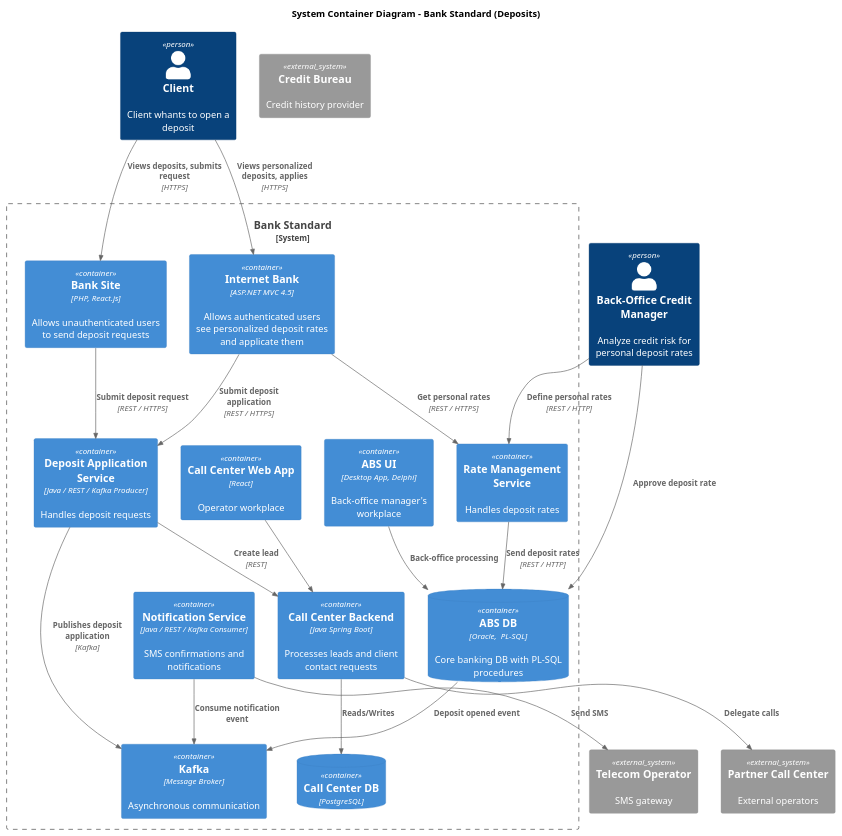
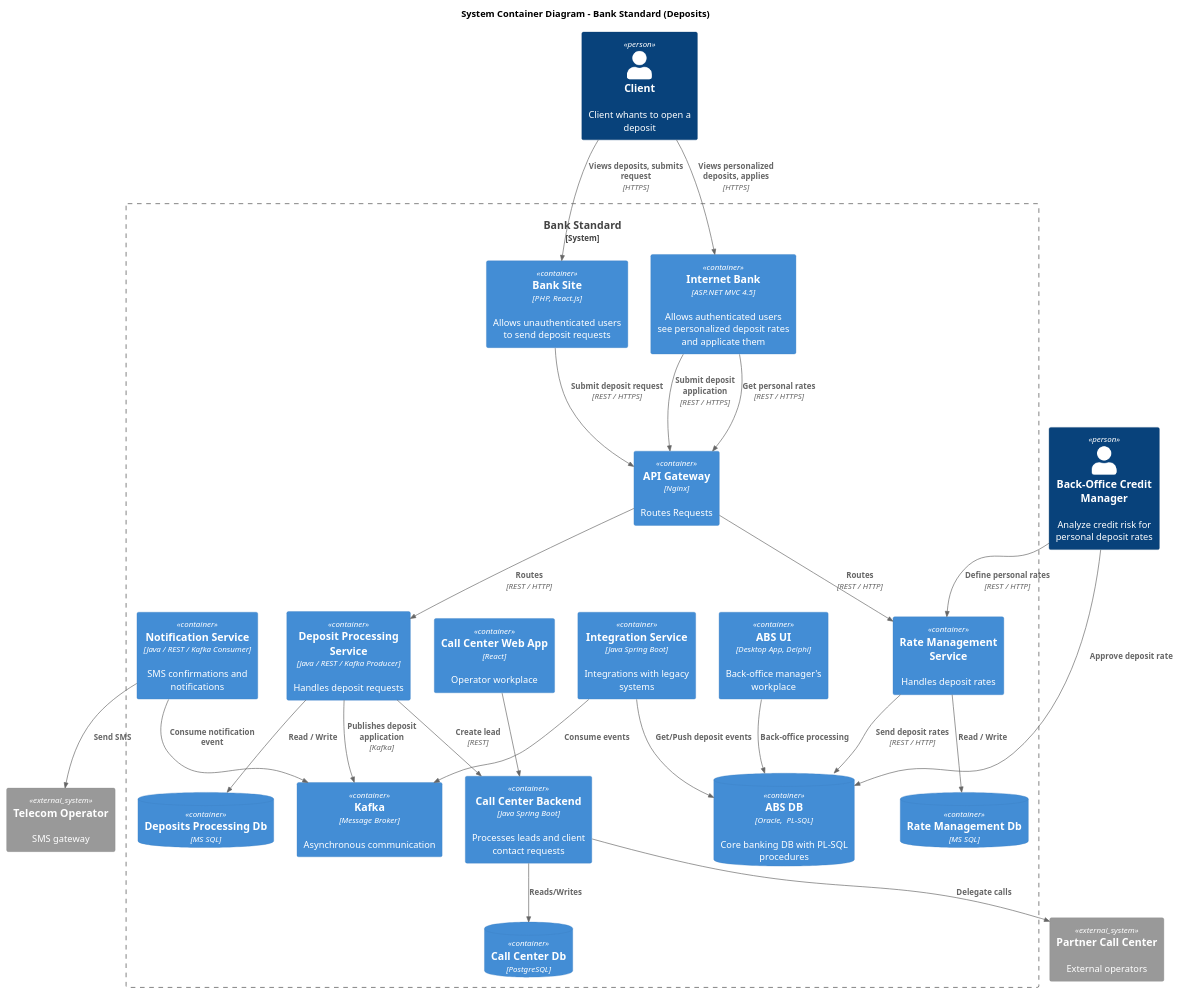
Before and after one commit to Bimka09/architecture-pro-standart: the diagram in Task3/diagrams/Containers.puml, drawn with PlantUML. The commit also changed 1 other file, not shown here.

```diff
--- a/Task3/diagrams/Containers.puml
+++ b/Task3/diagrams/Containers.puml
@@ -1,63 +1,78 @@
 @startuml
 !include <C4/C4_Container>
 
 title System Container Diagram - Bank Standard (Deposits)
 
 Person(user, "Client", "Client whants to open a deposit")
 Person(backOfficeManager, "Back-Office Credit Manager", "Analyze credit risk for personal deposit rates")
 
 ' Main system
 System_Boundary(bank, "Bank Standard") {
 
     Container(site, "Bank Site", "PHP, React.js", "Allows unauthenticated users to send deposit requests")
     Container(internetBank, "Internet Bank", "ASP.NET MVC 4.5",  "Allows authenticated users see personalized deposit rates and applicate them")
 
-    Container(depositProcessingSvc, "Deposit Application Service",  "Java / REST / Kafka Producer", "Handles deposit requests")
+    Container(apiGateway, "API Gateway", "Nginx", "Routes Requests")
+
+    Container(depositProcessingSvc, "Deposit Processing Service",  "Java / REST / Kafka Producer", "Handles deposit requests")
+    ContainerDb(depositProcessingDb, "Deposits Processing Db", "MS SQL", "")
+
     Container(rateProcessingSvc, "Rate Management Service", "", "Handles deposit rates")
+    ContainerDb(rateProcessingDb, "Rate Management Db", "MS SQL", "")
 
     Container(notificationSvc, "Notification Service", "Java / REST / Kafka Consumer", "SMS confirmations and notifications")
 
     Container(callCenterUI, "Call Center Web App",  "React", "Operator workplace")
     Container(callCenterBack, "Call Center Backend",  "Java Spring Boot", "Processes leads and client contact requests")
-    ContainerDb(callCenterDb, "Call Center DB", "PostgreSQL", "")
+    ContainerDb(callCenterDb, "Call Center Db", "PostgreSQL", "")
+
+    Container(integrationSvc, "Integration Service", "Java Spring Boot", "Integrations with legacy systems")
 
     Container(abcUI, "ABS UI", "Desktop App, Delphi", "Back-office manager's workplace")
     ContainerDb(abcDb, "ABS DB", "Oracle,  PL-SQL", "Core banking DB with PL-SQL procedures")
     
     Container(kafka, "Kafka", "Message Broker",  "Asynchronous communication")
 }
 
 System_Ext(telecomOperator, "Telecom Operator", "SMS gateway")
-System_Ext(creditBureau, "Credit Bureau", "Credit history provider")
 System_Ext(partnersCallCenter, "Partner Call Center", "External operators")
 
 ' Client interactions
 Rel(user, site, "Views deposits, submits request", "HTTPS")
 Rel(user, internetBank, "Views personalized deposits, applies", "HTTPS")
 
+' Routes
+Rel(site, apiGateway, "Submit deposit request", "REST / HTTPS")
+Rel(internetBank, apiGateway, "Submit deposit application", "REST / HTTPS")
+Rel(internetBank, apiGateway, "Get personal rates", "REST / HTTPS")
+
 ' Deposit application flow
-Rel(site, depositProcessingSvc, "Submit deposit request", "REST / HTTPS")
-Rel(internetBank, depositProcessingSvc, "Submit deposit application", "REST / HTTPS")
-Rel(internetBank, rateProcessingSvc, "Get personal rates", "REST / HTTPS")
+Rel(apiGateway, depositProcessingSvc, "Routes", "REST / HTTP")
+Rel(apiGateway, rateProcessingSvc, "Routes", "REST / HTTP")
 Rel(depositProcessingSvc, kafka, "Publishes deposit application", "Kafka")
+Rel(depositProcessingSvc, depositProcessingDb, "Read / Write")
 
 ' Deposit rates
 Rel(backOfficeManager, rateProcessingSvc, "Define personal rates", "REST / HTTP")
 Rel(backOfficeManager, abcDb, "Approve deposit rate", "")
 Rel(rateProcessingSvc, abcDb, "Send deposit rates", "REST / HTTP")
+Rel(rateProcessingSvc, rateProcessingDb, "Read / Write", "")
 
 ' Call center
 Rel(depositProcessingSvc, callCenterBack, "Create lead", "REST")
 Rel(callCenterBack, callCenterDb, "Reads/Writes")
 Rel(callCenterUI, callCenterBack, "")
 Rel(callCenterBack, partnersCallCenter, "Delegate calls")
 
 ' ABC
-Rel(abcDb, kafka, "Deposit opened event")
 Rel(abcUI, abcDb, "Back-office processing")
+
+' Integrations
+Rel(integrationSvc, abcDb, "Get/Push deposit events")
+Rel(integrationSvc, kafka, "Consume events")
 
 ' Notifications
 Rel(notificationSvc, kafka, "Consume notification event")
 Rel(notificationSvc, telecomOperator, "Send SMS")
 
 @enduml
```
